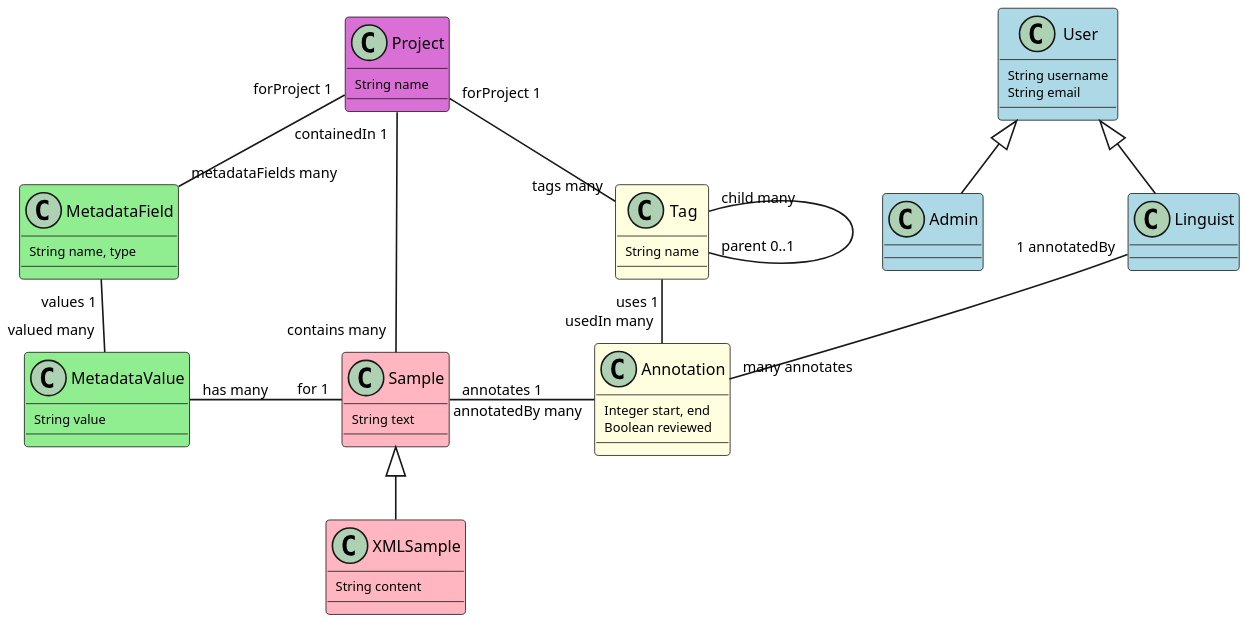
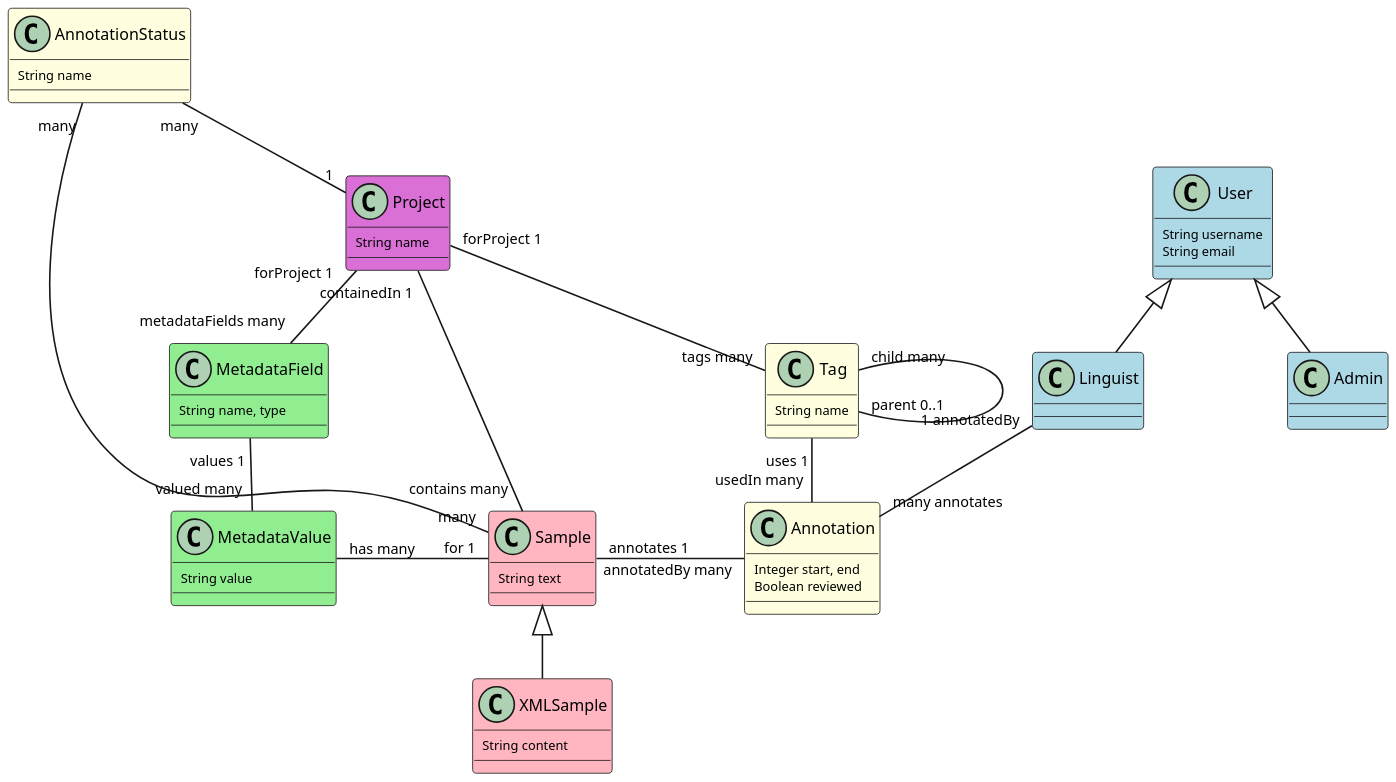
Before and after one commit to rhizomik/TextAnnot-API: the diagram in entity-model.puml, drawn with PlantUML. The commit also changed 4 other files, not shown here.

Commit message:
Create AnnotationStatus class

```diff
--- a/entity-model.puml
+++ b/entity-model.puml
@@ -1,68 +1,74 @@
 @startuml
 
 skinparam dpi 200
 skinparam classAttributeFontSize 8
 skinparam classArrowFontSize 9
 skinparam classFontSize 10
 skinparam nodesep 90
 skinparam ranksep 40
 hide stereotype
 skinparam class {
 	BackgroundColor White
 	BackgroundColor<<Sample>> LightPink
 	BackgroundColor<<User>> LightBlue
 	BackgroundColor<<Metadata>> LightGreen
 	BackgroundColor<<Annotation>> LightYellow
 	BackgroundColor<<Project>> Orchid
 }
 
 class Project <<Project>> {
     String name
 }
 
 class MetadataField <<Metadata>> {
     String name, type
 }
 Project "forProject 1" -- "metadataFields many" MetadataField
 Project "containedIn 1" -- "contains many" Sample
 
 class MetadataValue <<Metadata>> {
     String value
 }
 MetadataValue "valued many" -up- "values 1" MetadataField
 MetadataValue "has many" -right- "for 1" Sample
 
 class Sample <<Sample>> {
     String text
 }
 
 class XMLSample <<Sample>> extends Sample {
     String content
 }
 
 class Tag <<Annotation>> {
     String name
 }
 Tag "tags many" -up- "forProject 1" Project
 Tag "child many" -- "parent 0..1" Tag
 Tag "uses 1" -- "usedIn many" Annotation
 
 class Annotation <<Annotation>> {
     Integer start, end
     Boolean reviewed
 }
 Annotation "annotatedBy many" -left- "annotates 1" Sample
 
 class User <<User>> {
     String username
     String email
 }
 
 class Linguist <<User>> extends User {
 }
 Linguist "1 annotatedBy" -- "many annotates" Annotation
 
 class Admin <<User>> extends User {
 }
 
+class AnnotationStatus <<Annotation>> {
+    String name
+}
+AnnotationStatus "many" -- "1" Project
+AnnotationStatus "many" -- "many" Sample
+
 @enduml
```
